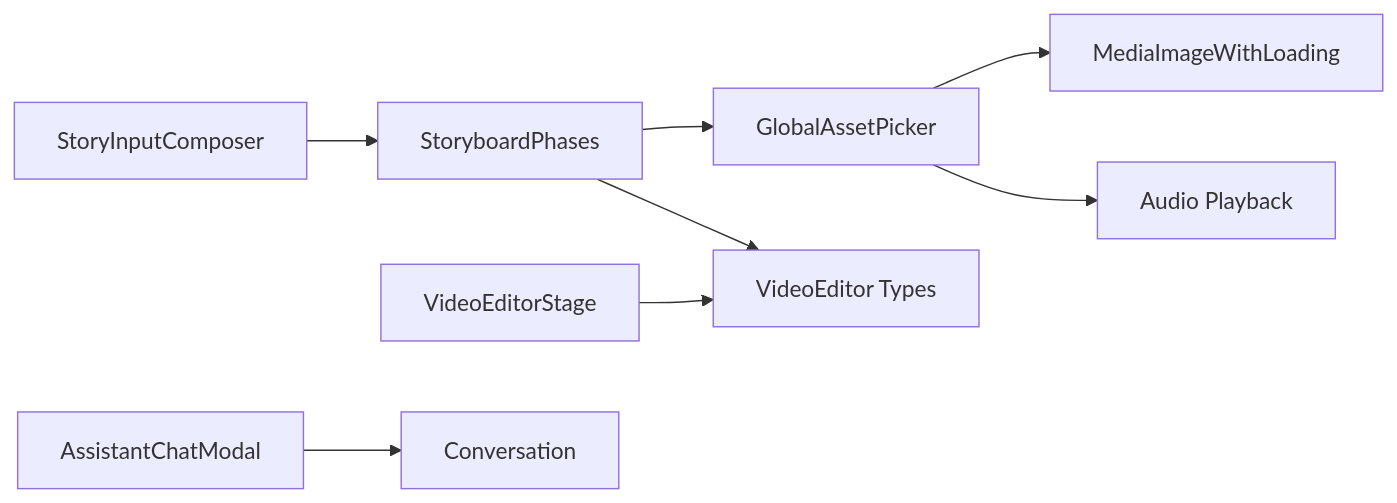
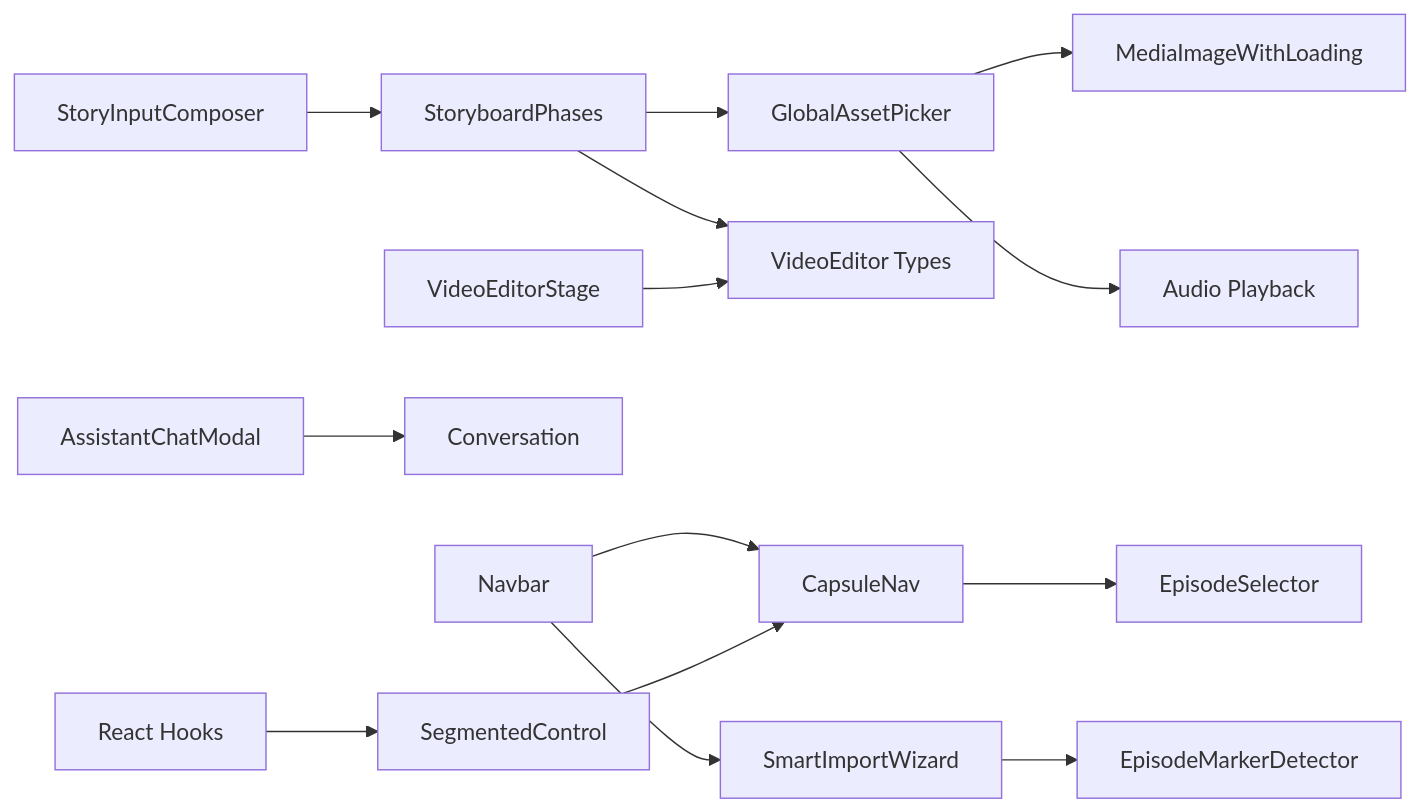
Before and after one commit to lyl2021/waoowaoo: diagram 13 of 13 in .qoder/repowiki/zh/content/前端组件架构/工作区组件/工作区组件.md, drawn with Mermaid. The commit also changed other lines of this file and 15 other files, not shown here.

````diff
--- a/.qoder/repowiki/zh/content/前端组件架构/工作区组件/工作区组件.md
+++ b/.qoder/repowiki/zh/content/前端组件架构/工作区组件/工作区组件.md
@@ -356,10 +664,16 @@
 ```mermaid
 graph LR
 SIC["StoryInputComposer"] --> SP["StoryboardPhases"]
 SP --> GAP["GlobalAssetPicker"]
 SP --> VEDT["VideoEditor Types"]
 VES["VideoEditorStage"] --> VEDT
 ACM["AssistantChatModal"] --> CON["Conversation"]
 GAP --> IMG["MediaImageWithLoading"]
 GAP --> AUD["Audio Playback"]
+CN["CapsuleNav"] --> ES["EpisodeSelector"]
+NB["Navbar"] --> CN
+NB --> SIF["SmartImportWizard"]
+SIF --> EMD["EpisodeMarkerDetector"]
+SC["SegmentedControl"] --> CN
+RH["React Hooks"] --> SC
 ```
````
